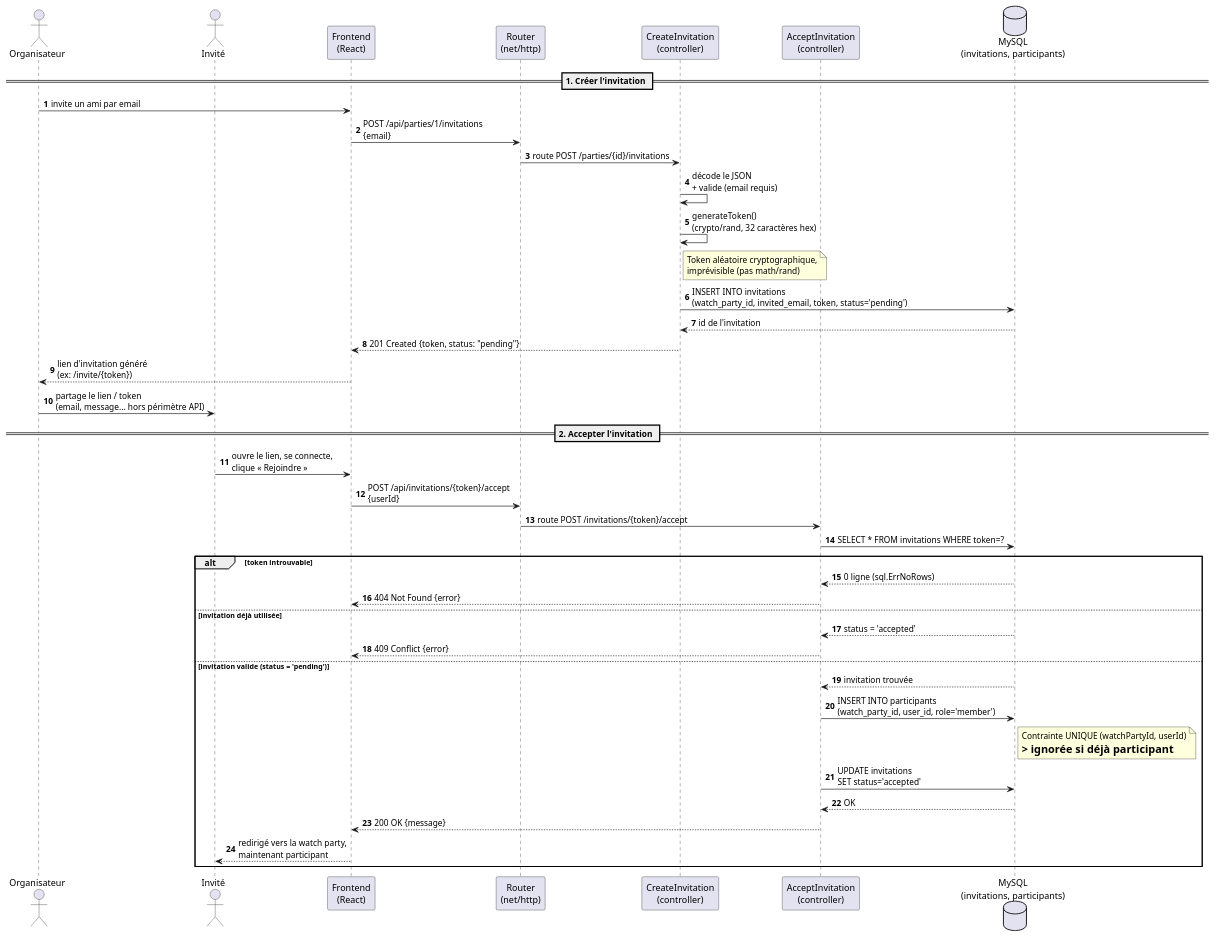
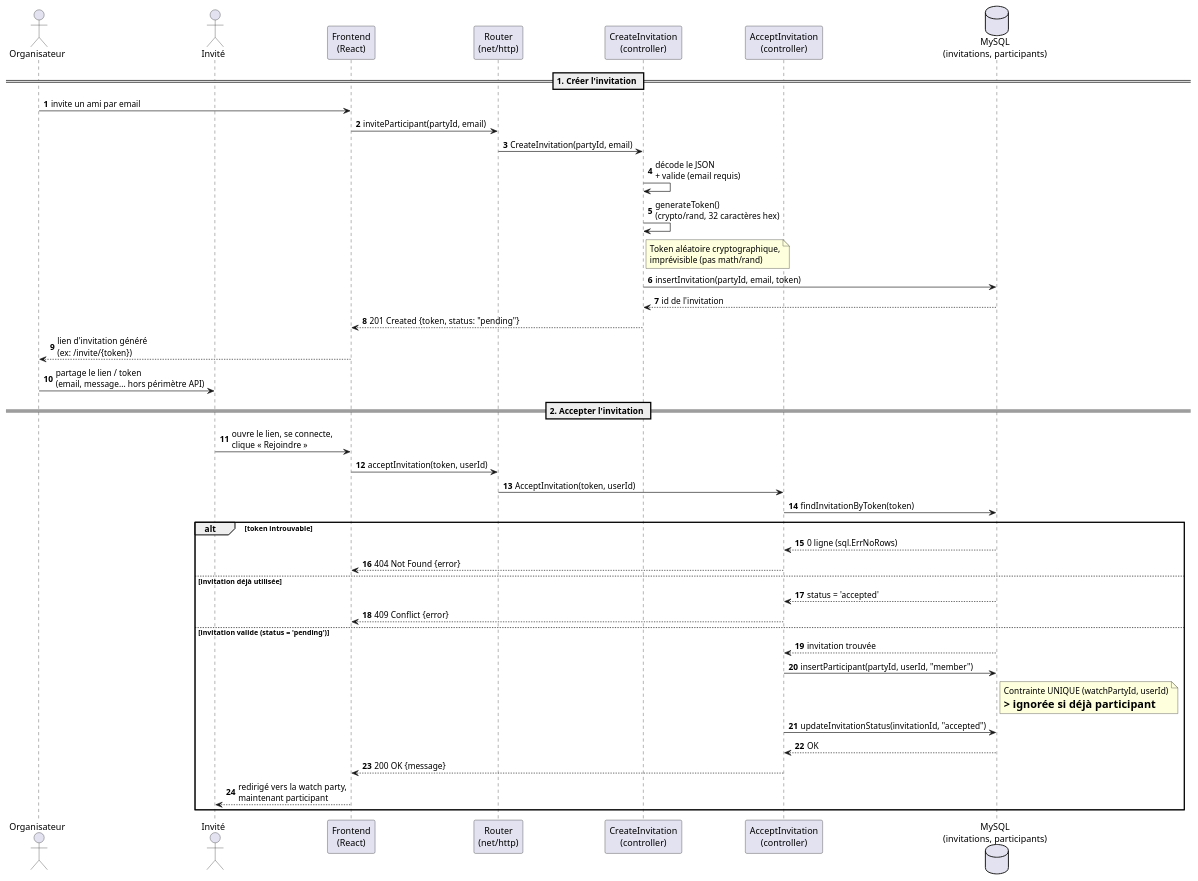
One commit to fatymut/watchparty changed the diagram in docs/uml/sequence_join_party.puml. Above: the diagram before and after it, drawn with PlantUML. The commit also changed 18 other files, not shown here.

First line of the commit message:
UML : diagramme de cas d'utilisation, objets swipe/invitation, sequence creation soiree, style sequences corrige

```diff
--- a/docs/uml/sequence_join_party.puml
+++ b/docs/uml/sequence_join_party.puml
@@ -1,65 +1,65 @@
 @startuml WatchParty - Séquence : Rejoindre une party (invitation)
 ' Scénario : l'organisateur invite un ami par email, qui accepte l'invitation
 ' et devient participant de la watch party.
 ' Endpoints : POST /api/parties/{id}/invitations
 '             POST /api/invitations/{token}/accept
 
 skinparam shadowing false
 autonumber
 
 actor "Organisateur" as Owner
 actor "Invité" as Guest
 participant "Frontend\n(React)" as Front
 participant "Router\n(net/http)" as Router
 participant "CreateInvitation\n(controller)" as CtrlInv
 participant "AcceptInvitation\n(controller)" as CtrlAccept
 database "MySQL\n(invitations, participants)" as DB
 
 == 1. Créer l'invitation ==
 
 Owner -> Front : invite un ami par email
-Front -> Router : POST /api/parties/1/invitations\n{email}
-Router -> CtrlInv : route POST /parties/{id}/invitations
+Front -> Router : inviteParticipant(partyId, email)
+Router -> CtrlInv : CreateInvitation(partyId, email)
 
 CtrlInv -> CtrlInv : décode le JSON\n+ valide (email requis)
 CtrlInv -> CtrlInv : generateToken()\n(crypto/rand, 32 caractères hex)
 note right of CtrlInv
   Token aléatoire cryptographique,
   imprévisible (pas math/rand)
 end note
 
-CtrlInv -> DB : INSERT INTO invitations\n(watch_party_id, invited_email, token, status='pending')
+CtrlInv -> DB : insertInvitation(partyId, email, token)
 DB --> CtrlInv : id de l'invitation
 CtrlInv --> Front : 201 Created {token, status: "pending"}
 Front --> Owner : lien d'invitation généré\n(ex: /invite/{token})
 
 Owner -> Guest : partage le lien / token\n(email, message... hors périmètre API)
 
 == 2. Accepter l'invitation ==
 
 Guest -> Front : ouvre le lien, se connecte,\nclique « Rejoindre »
-Front -> Router : POST /api/invitations/{token}/accept\n{userId}
-Router -> CtrlAccept : route POST /invitations/{token}/accept
+Front -> Router : acceptInvitation(token, userId)
+Router -> CtrlAccept : AcceptInvitation(token, userId)
 
-CtrlAccept -> DB : SELECT * FROM invitations WHERE token=?
+CtrlAccept -> DB : findInvitationByToken(token)
 
 alt token introuvable
   DB --> CtrlAccept : 0 ligne (sql.ErrNoRows)
   CtrlAccept --> Front : 404 Not Found {error}
 else invitation déjà utilisée
   DB --> CtrlAccept : status = 'accepted'
   CtrlAccept --> Front : 409 Conflict {error}
 else invitation valide (status = 'pending')
   DB --> CtrlAccept : invitation trouvée
-  CtrlAccept -> DB : INSERT INTO participants\n(watch_party_id, user_id, role='member')
+  CtrlAccept -> DB : insertParticipant(partyId, userId, "member")
   note right of DB
     Contrainte UNIQUE (watchPartyId, userId)
     => ignorée si déjà participant
   end note
-  CtrlAccept -> DB : UPDATE invitations\nSET status='accepted'
+  CtrlAccept -> DB : updateInvitationStatus(invitationId, "accepted")
   DB --> CtrlAccept : OK
   CtrlAccept --> Front : 200 OK {message}
   Front --> Guest : redirigé vers la watch party,\nmaintenant participant
 end
 
 @enduml
```
